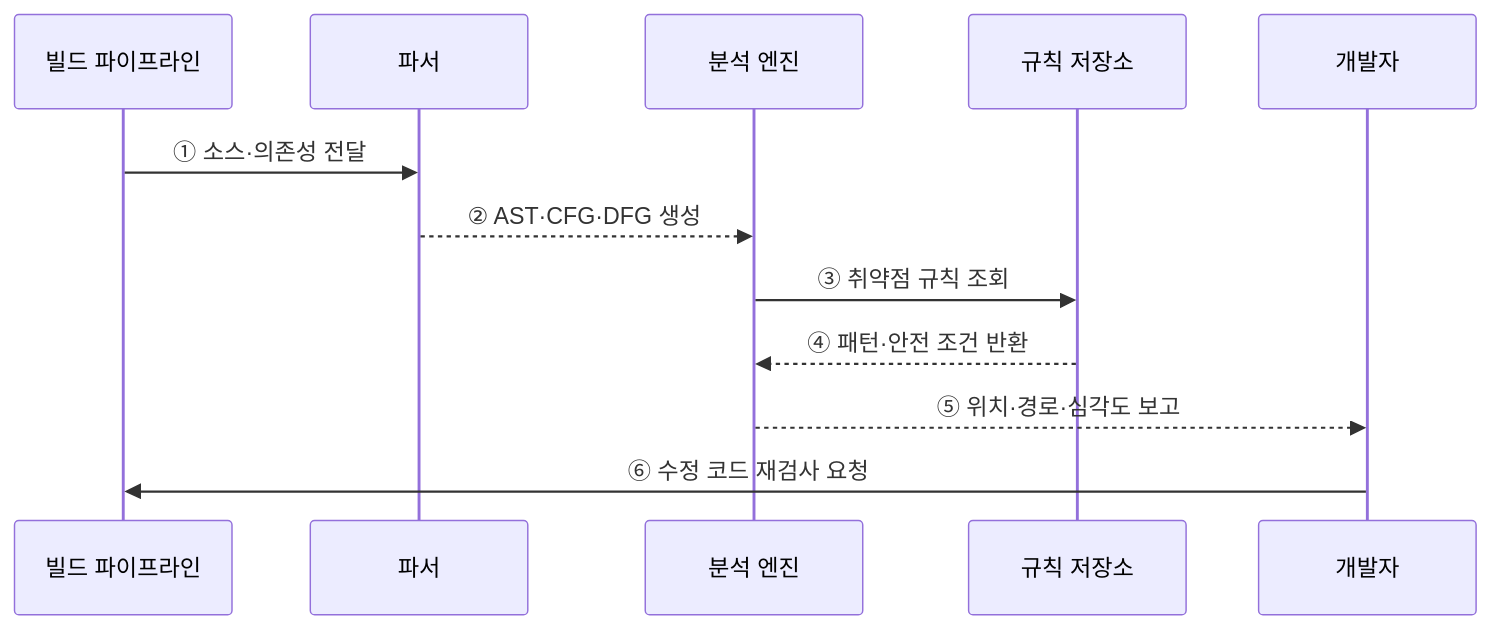
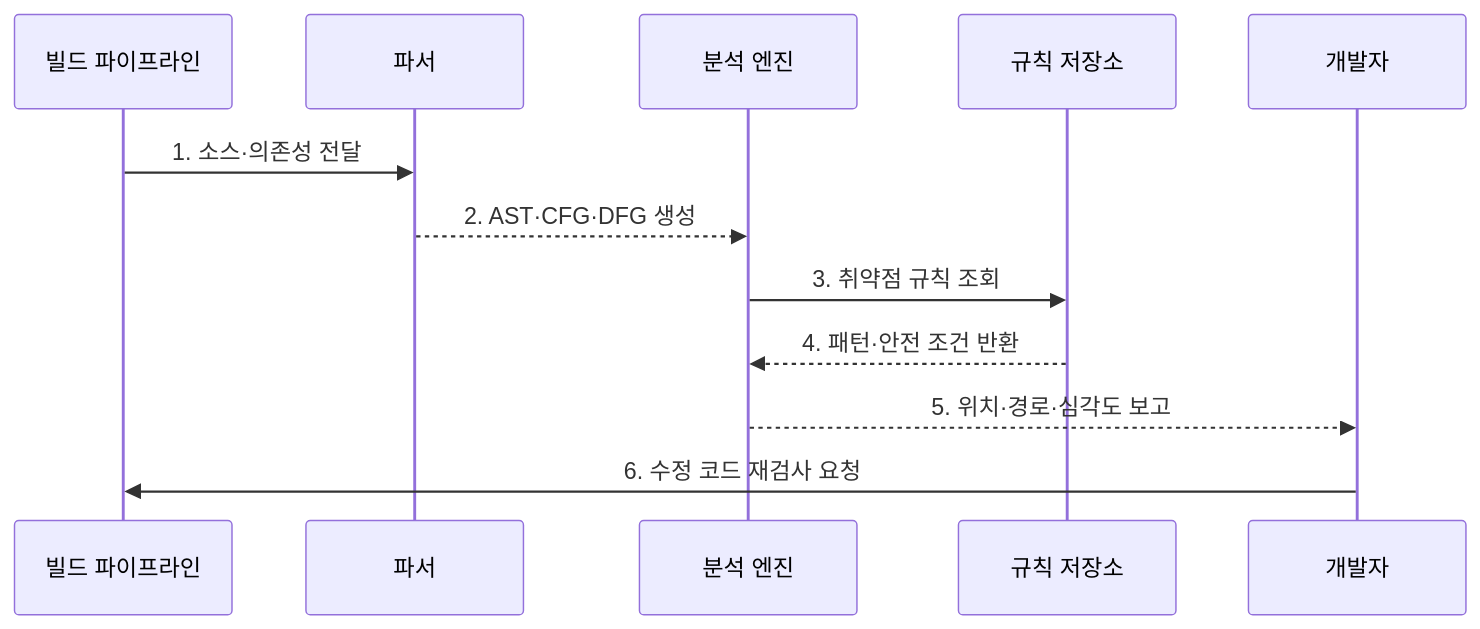
Before and after one commit to agnusdei1207/knowledge-base: the second of 2 diagrams in src/content/docs/notes/03-software/067_static_application_security_testing.md, drawn with Mermaid. The commit also changed other lines of this file and 20 other files, not shown here.

````diff
--- a/src/content/docs/notes/03-software/067_static_application_security_testing.md
+++ b/src/content/docs/notes/03-software/067_static_application_security_testing.md
@@ -68,14 +78,14 @@
 ```mermaid
 sequenceDiagram
     participant B as 빌드 파이프라인
     participant P as 파서
     participant A as 분석 엔진
     participant R as 규칙 저장소
     participant D as 개발자
-    B->>P: ① 소스·의존성 전달
-    P-->>A: ② AST·CFG·DFG 생성
-    A->>R: ③ 취약점 규칙 조회
-    R-->>A: ④ 패턴·안전 조건 반환
-    A-->>D: ⑤ 위치·경로·심각도 보고
-    D->>B: ⑥ 수정 코드 재검사 요청
+    B->>P: 1. 소스·의존성 전달
+    P-->>A: 2. AST·CFG·DFG 생성
+    A->>R: 3. 취약점 규칙 조회
+    R-->>A: 4. 패턴·안전 조건 반환
+    A-->>D: 5. 위치·경로·심각도 보고
+    D->>B: 6. 수정 코드 재검사 요청
 ```
````
